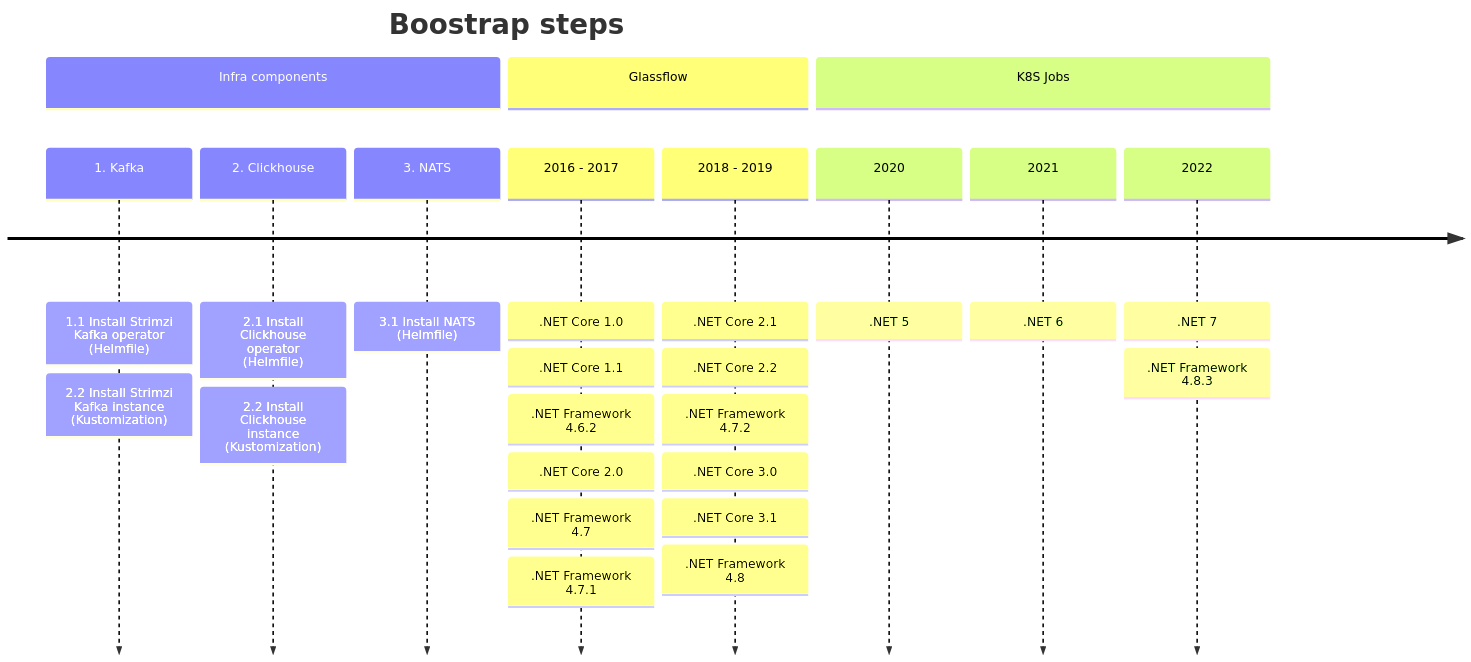
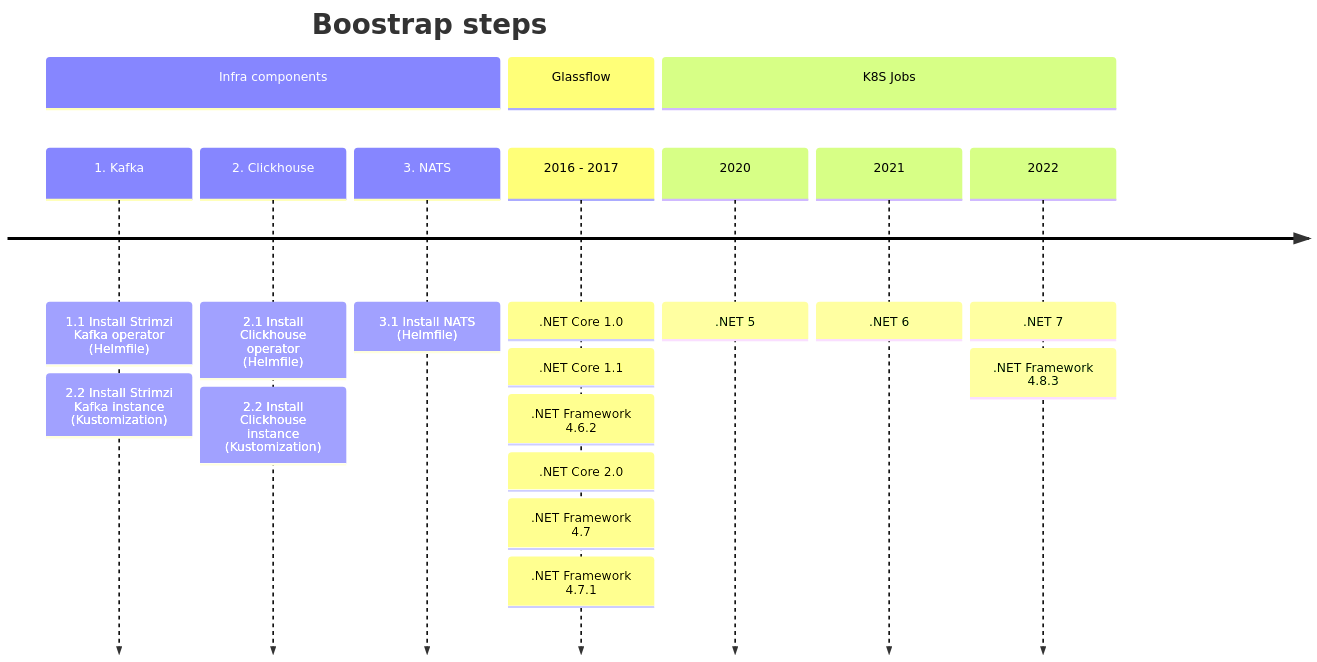
The diagram in README.md (Real-World-ML/glassflow-demo), drawn with Mermaid before and after one commit. The commit also changed other lines of this file, not shown here.

````diff
--- a/README.md
+++ b/README.md
@@ -5,33 +5,27 @@
 ```mermaid
+
 timeline
     title Boostrap steps
     section Infra components
         1. Kafka
              : 1.1 Install Strimzi Kafka operator (Helmfile)
              : 2.2 Install Strimzi Kafka instance (Kustomization)
         2. Clickhouse
              : 2.1 Install Clickhouse operator (Helmfile)
              : 2.2 Install Clickhouse instance (Kustomization)
         3. NATS
              : 3.1 Install NATS (Helmfile)
 section Glassflow
         2016 - 2017 
              : .NET Core 1.0
              : .NET Core 1.1
              : .NET Framework 4.6.2
              : .NET Core 2.0
              : .NET Framework 4.7
              : .NET Framework 4.7.1
-        2018 - 2019 
-             : .NET Core 2.1
-             : .NET Core 2.2
-             : .NET Framework 4.7.2             
-             : .NET Core 3.0
-             : .NET Core 3.1
-             : .NET Framework 4.8
     section K8S Jobs
         2020 : .NET 5
         2021 : .NET 6
         2022 : .NET 7
              : .NET Framework 4.8.3
 ```
````
